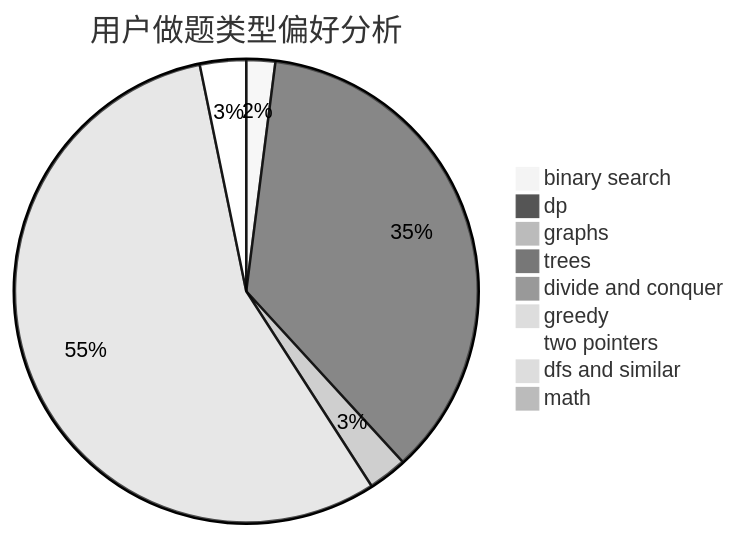
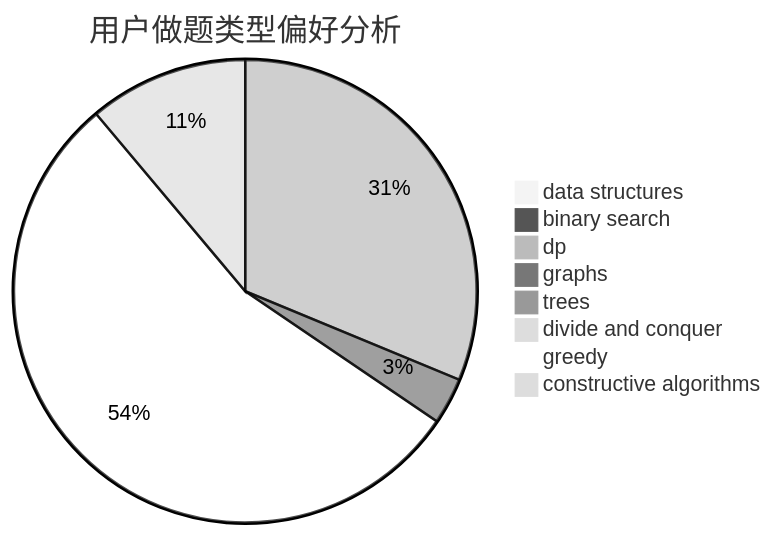
Before and after one commit to sherpahu/cfrs.github.io: the second of 3 diagrams in docs/user/u318.md, drawn with Mermaid (neutral theme). The commit also changed other lines of this file and 2775 other files, not shown here.

````diff
--- a/docs/user/u318.md
+++ b/docs/user/u318.md
@@ -23,12 +23,11 @@
 ```mermaid
 pie title 用户做题类型偏好分析
-    "binary search" :  35
-    "dp" :  628
-    "graphs" :  47
-    "trees" :  7
+    "data structures" :  3
+    "binary search" :  4
+    "dp" :  278
+    "graphs" :  29
+    "trees" :  6
     "divide and conquer" :  1
-    "greedy" :  970
-    "two pointers" :  56
-    "dfs and similar" :  16
-    "math" :  16
+    "greedy" :  484
+    "constructive algorithms" :  99
 ```
````
